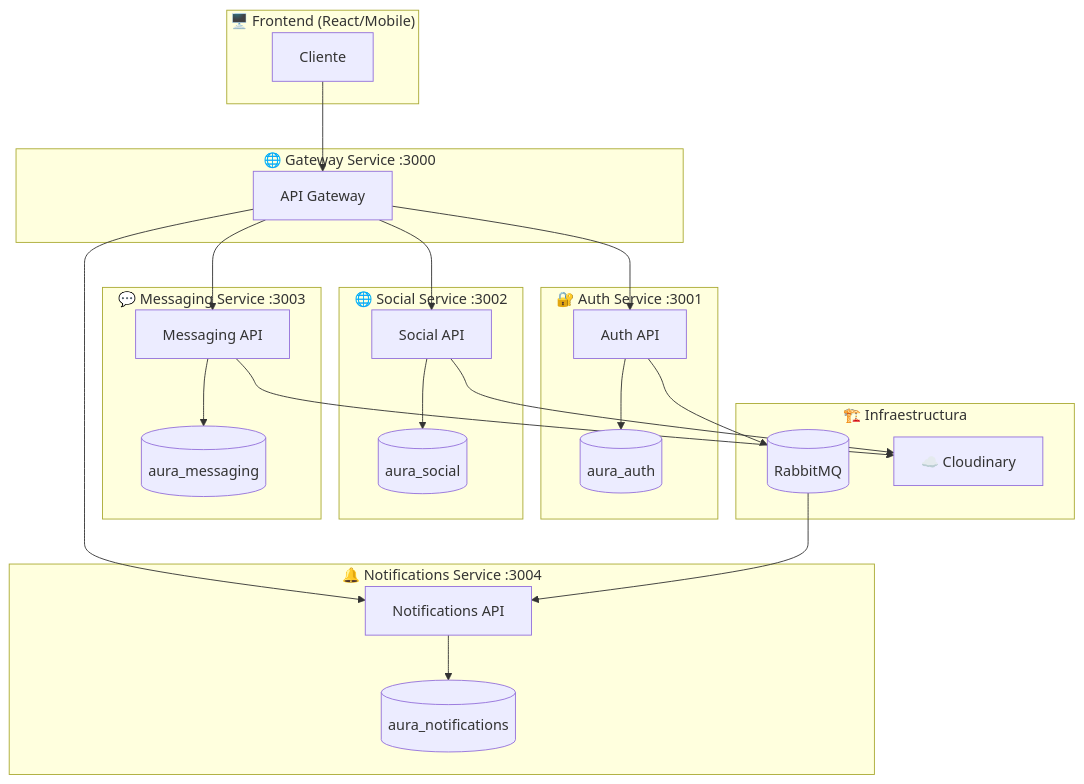
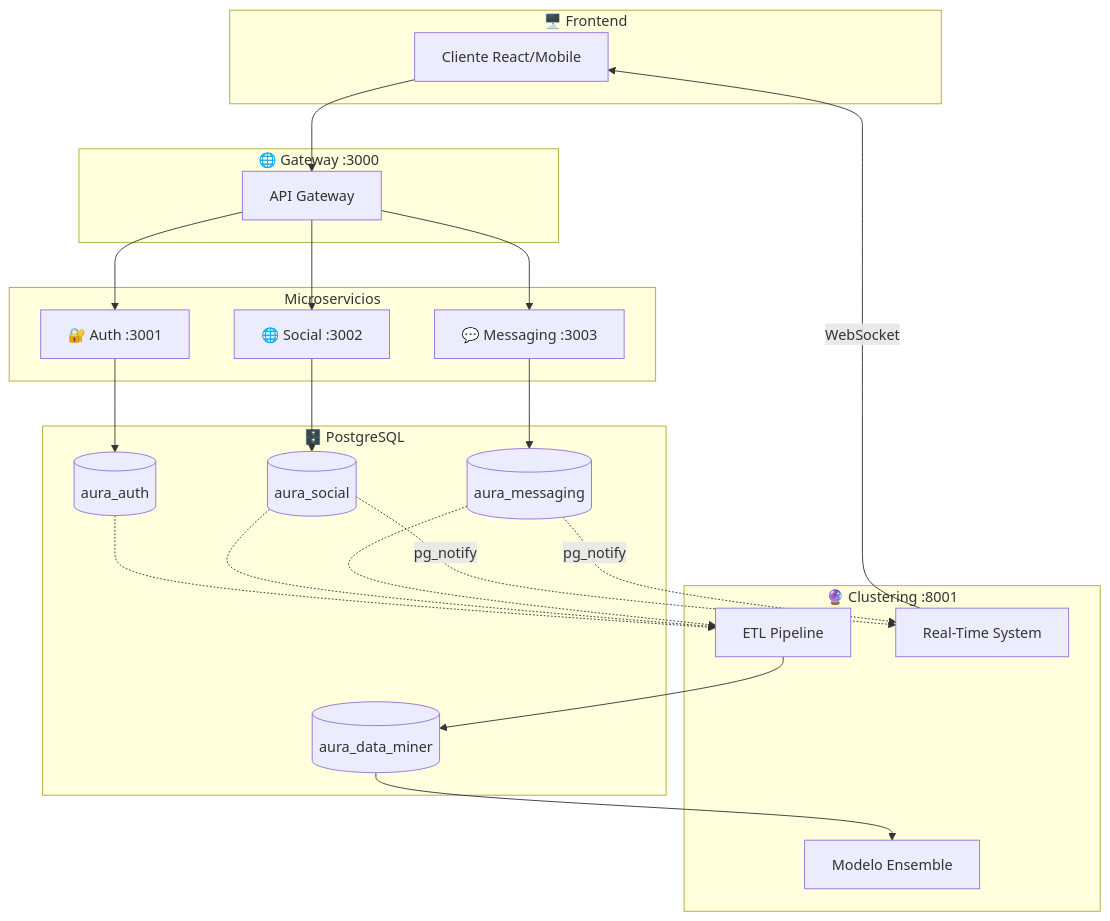
Before and after one commit to LuisAlbertoB/AURA-data-mining: the second of 2 diagrams in doc/data-persistence.md, drawn with Mermaid. The commit also changed other lines of this file and 4 other files, not shown here.

````diff
--- a/doc/data-persistence.md
+++ b/doc/data-persistence.md
@@ -623,52 +278,46 @@
 ```mermaid
 flowchart TB
-    subgraph Frontend["🖥️ Frontend (React/Mobile)"]
-        Cliente[Cliente]
+    subgraph Frontend["🖥️ Frontend"]
+        Cliente[Cliente React/Mobile]
     end
     
-    subgraph Gateway["🌐 Gateway Service :3000"]
+    subgraph Gateway["🌐 Gateway :3000"]
         GW[API Gateway]
     end
     
-    subgraph Auth["🔐 Auth Service :3001"]
-        AuthAPI[Auth API]
-        AuthDB[(aura_auth)]
+    subgraph Services["Microservicios"]
+        Auth["🔐 Auth :3001"]
+        Social["🌐 Social :3002"]
+        Msg["💬 Messaging :3003"]
     end
     
-    subgraph Social["🌐 Social Service :3002"]
-        SocialAPI[Social API]
-        SocialDB[(aura_social)]
+    subgraph Clustering["🔮 Clustering :8001"]
+        ETL[ETL Pipeline]
+        Ensemble[Modelo Ensemble]
+        RT[Real-Time System]
     end
     
-    subgraph Messaging["💬 Messaging Service :3003"]
-        MsgAPI[Messaging API]
+    subgraph Databases["🗄️ PostgreSQL"]
+        AuthDB[(aura_auth)]
+        SocialDB[(aura_social)]
         MsgDB[(aura_messaging)]
-    end
-    
-    subgraph Notifications["🔔 Notifications Service :3004"]
-        NotifAPI[Notifications API]
-        NotifDB[(aura_notifications)]
-    end
-    
-    subgraph Infrastructure["🏗️ Infraestructura"]
-        RabbitMQ[(RabbitMQ)]
-        Cloudinary[☁️ Cloudinary]
+        MinerDB[(aura_data_miner)]
     end
     
     Cliente --> GW
-    GW --> AuthAPI
-    GW --> SocialAPI
-    GW --> MsgAPI
-    GW --> NotifAPI
+    GW --> Auth --> AuthDB
+    GW --> Social --> SocialDB
+    GW --> Msg --> MsgDB
     
-    AuthAPI --> AuthDB
-    SocialAPI --> SocialDB
-    MsgAPI --> MsgDB
-    NotifAPI --> NotifDB
+    AuthDB -.-> ETL
+    SocialDB -.-> ETL
+    MsgDB -.-> ETL
     
-    AuthAPI --> RabbitMQ
-    RabbitMQ --> NotifAPI
+    SocialDB -.-> |pg_notify| RT
+    MsgDB -.-> |pg_notify| RT
     
-    SocialAPI --> Cloudinary
-    MsgAPI --> Cloudinary
+    ETL --> MinerDB
+    MinerDB --> Ensemble
+    
+    RT --> |WebSocket| Cliente
 ```
````
